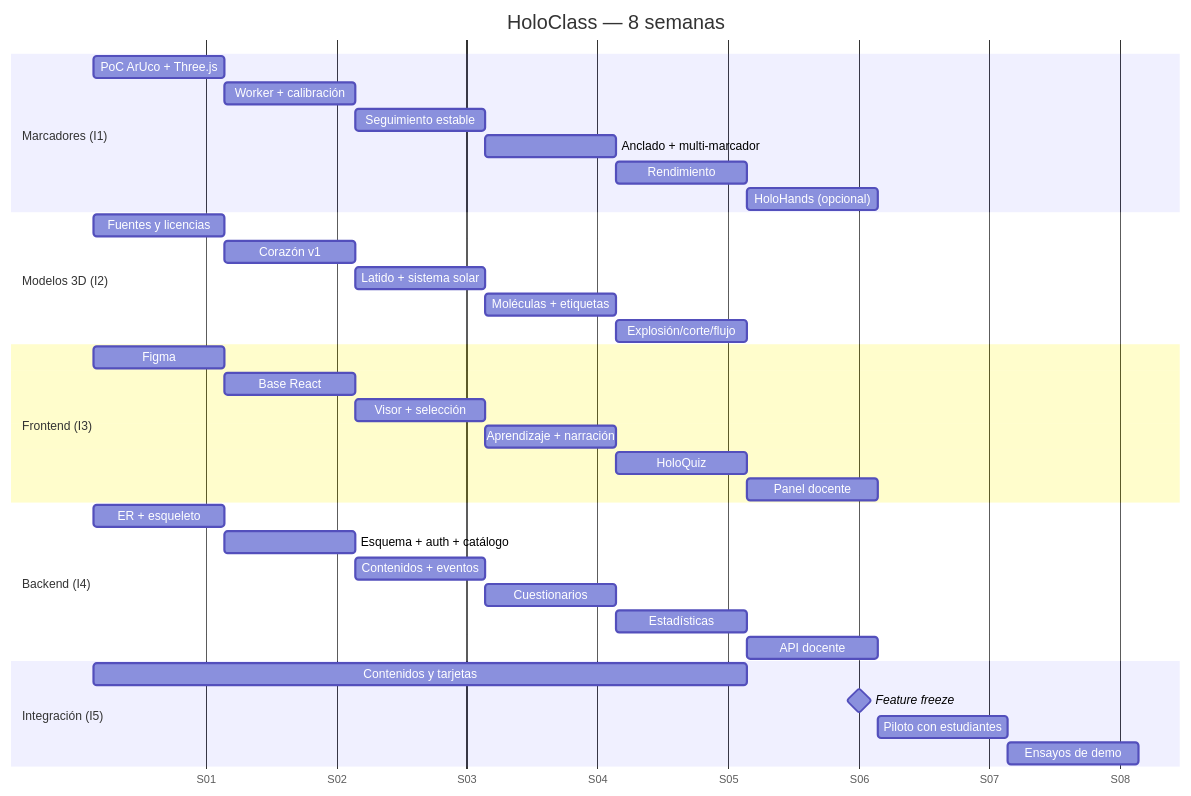
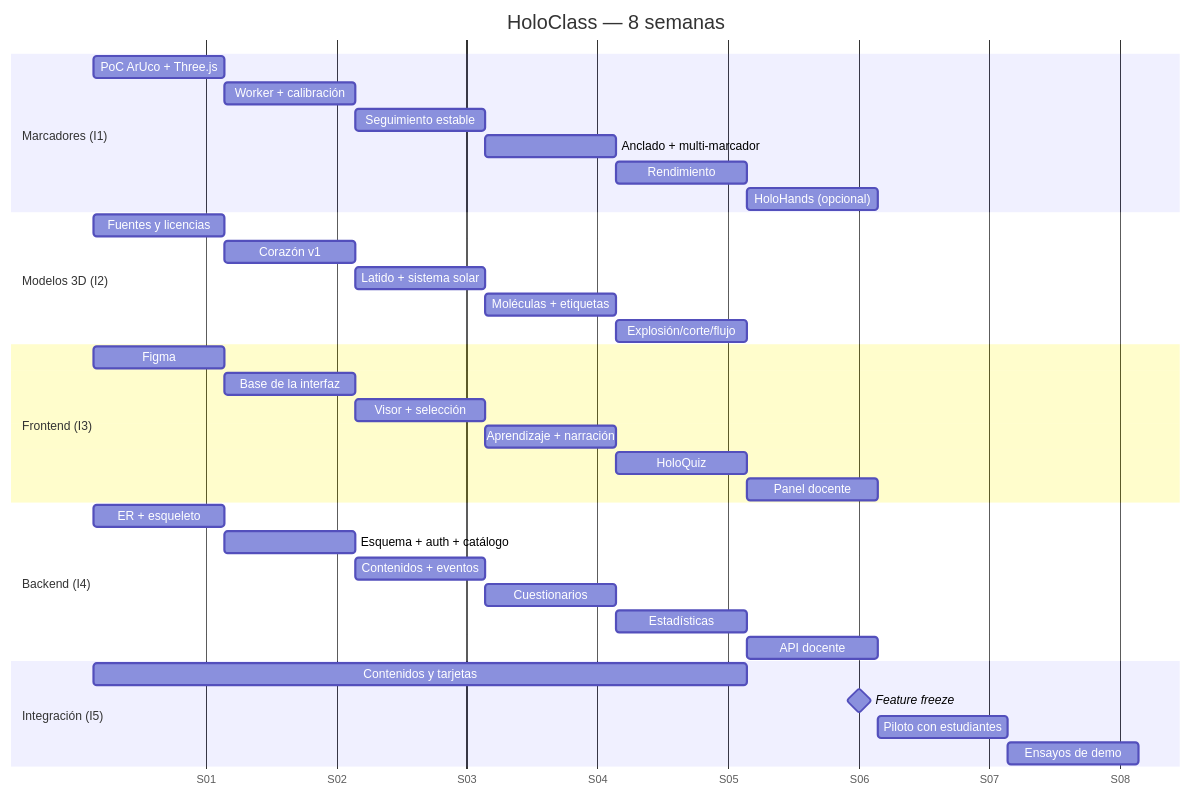
The first of 2 diagrams in 07_Cronograma_y_Presupuesto.md (Br-Benja/holoclass), drawn with Mermaid before and after one commit. The commit also changed other lines of this file and 50 other files, not shown here.

````diff
--- a/07_Cronograma_y_Presupuesto.md
+++ b/07_Cronograma_y_Presupuesto.md
@@ -28,38 +28,38 @@
 ```mermaid
 gantt
     title HoloClass — 8 semanas
     dateFormat YYYY-MM-DD
     axisFormat S%W
     section Marcadores (I1)
     PoC ArUco + Three.js        :a1, 2026-01-05, 7d
     Worker + calibración        :a2, after a1, 7d
     Seguimiento estable         :a3, after a2, 7d
     Anclado + multi-marcador    :a4, after a3, 7d
     Rendimiento                 :a5, after a4, 7d
     HoloHands (opcional)        :a6, after a5, 7d
     section Modelos 3D (I2)
     Fuentes y licencias         :b1, 2026-01-05, 7d
     Corazón v1                  :b2, after b1, 7d
     Latido + sistema solar      :b3, after b2, 7d
     Moléculas + etiquetas       :b4, after b3, 7d
     Explosión/corte/flujo       :b5, after b4, 7d
     section Frontend (I3)
     Figma                       :c1, 2026-01-05, 7d
-    Base React                  :c2, after c1, 7d
+    Base de la interfaz         :c2, after c1, 7d
     Visor + selección           :c3, after c2, 7d
     Aprendizaje + narración     :c4, after c3, 7d
     HoloQuiz                    :c5, after c4, 7d
     Panel docente               :c6, after c5, 7d
     section Backend (I4)
     ER + esqueleto              :d1, 2026-01-05, 7d
     Esquema + auth + catálogo   :d2, after d1, 7d
     Contenidos + eventos        :d3, after d2, 7d
     Cuestionarios               :d4, after d3, 7d
     Estadísticas                :d5, after d4, 7d
     API docente                 :d6, after d5, 7d
     section Integración (I5)
     Contenidos y tarjetas       :e1, 2026-01-05, 35d
     Feature freeze              :milestone, m1, 2026-02-15, 0d
     Piloto con estudiantes      :e2, 2026-02-16, 7d
     Ensayos de demo             :e3, after e2, 7d
 ```
````
